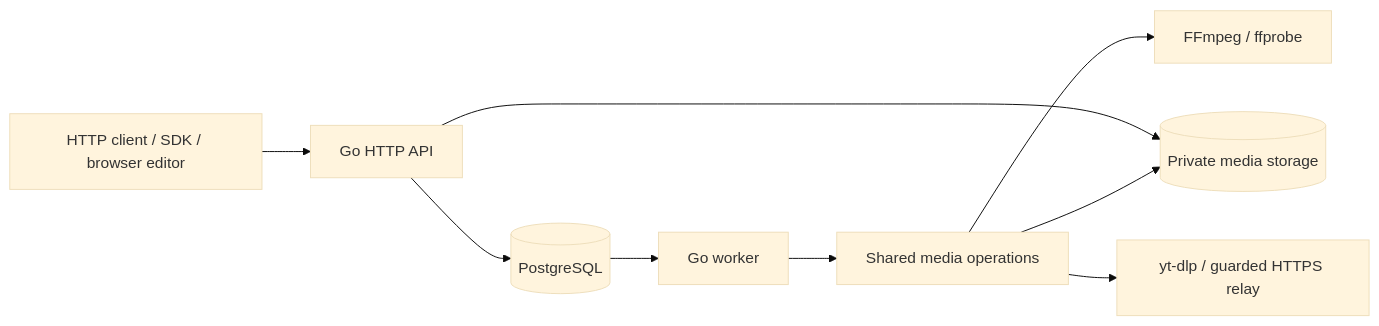
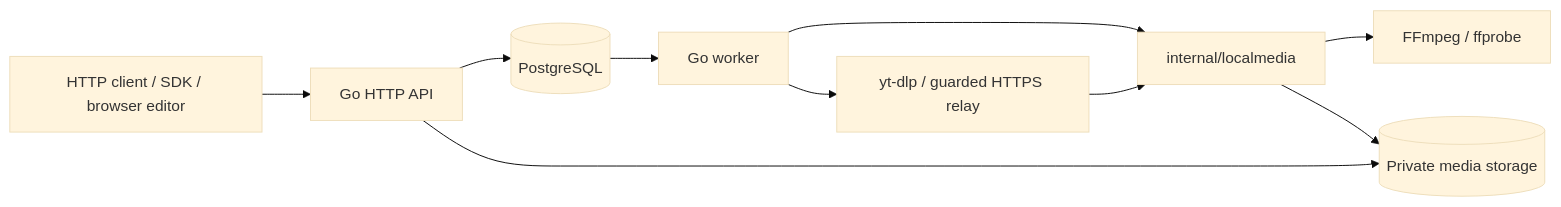
One commit to Kay0k1/cutmyvideo-core changed the second of 2 diagrams in docs/architecture.md. Above: the diagram before and after it, drawn with Mermaid (base theme). The commit also changed other lines of this file and 70 other files, not shown here.

````diff
--- a/docs/architecture.md
+++ b/docs/architecture.md
@@ -38,11 +40,12 @@
 ```mermaid
 flowchart LR
     Client[HTTP client / SDK / browser editor] --> API[Go HTTP API]
     API --> DB[(PostgreSQL)]
     DB --> Worker[Go worker]
-    Worker --> Media[Shared media operations]
+    Worker --> Media[internal/localmedia]
     Media --> Tools[FFmpeg / ffprobe]
     API --> Disk[(Private media storage)]
     Media --> Disk
-    Media --> Import[yt-dlp / guarded HTTPS relay]
+    Worker --> Import[yt-dlp / guarded HTTPS relay]
+    Import --> Media
 ```
````
